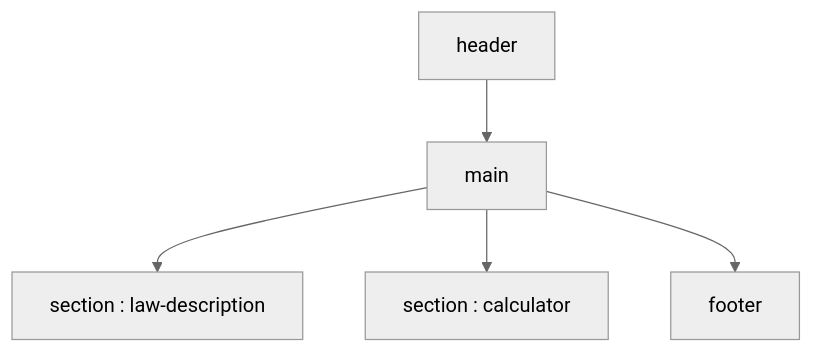
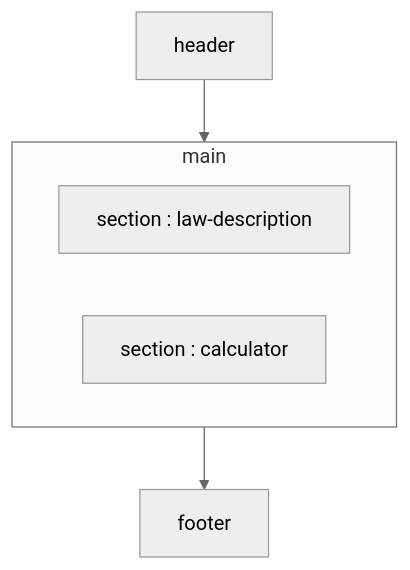
Before and after one commit to DongmyeongBack/10thousandPage: the first of 2 diagrams in README.md, drawn with Mermaid (neutral theme).

Commit message:
subgraph 머메이드에 사용

````diff
--- a/README.md
+++ b/README.md
@@ -115,7 +115,10 @@
 ```mermaid
 flowchart TD
     header --> main
-    main --> section_law[section : law-description]
-    main --> section_calc[section : calculator]
     main --> footer
+
+    subgraph main["main"]
+        section_law[section : law-description]
+        section_calc[section : calculator]
+    end
 ``` 
````
